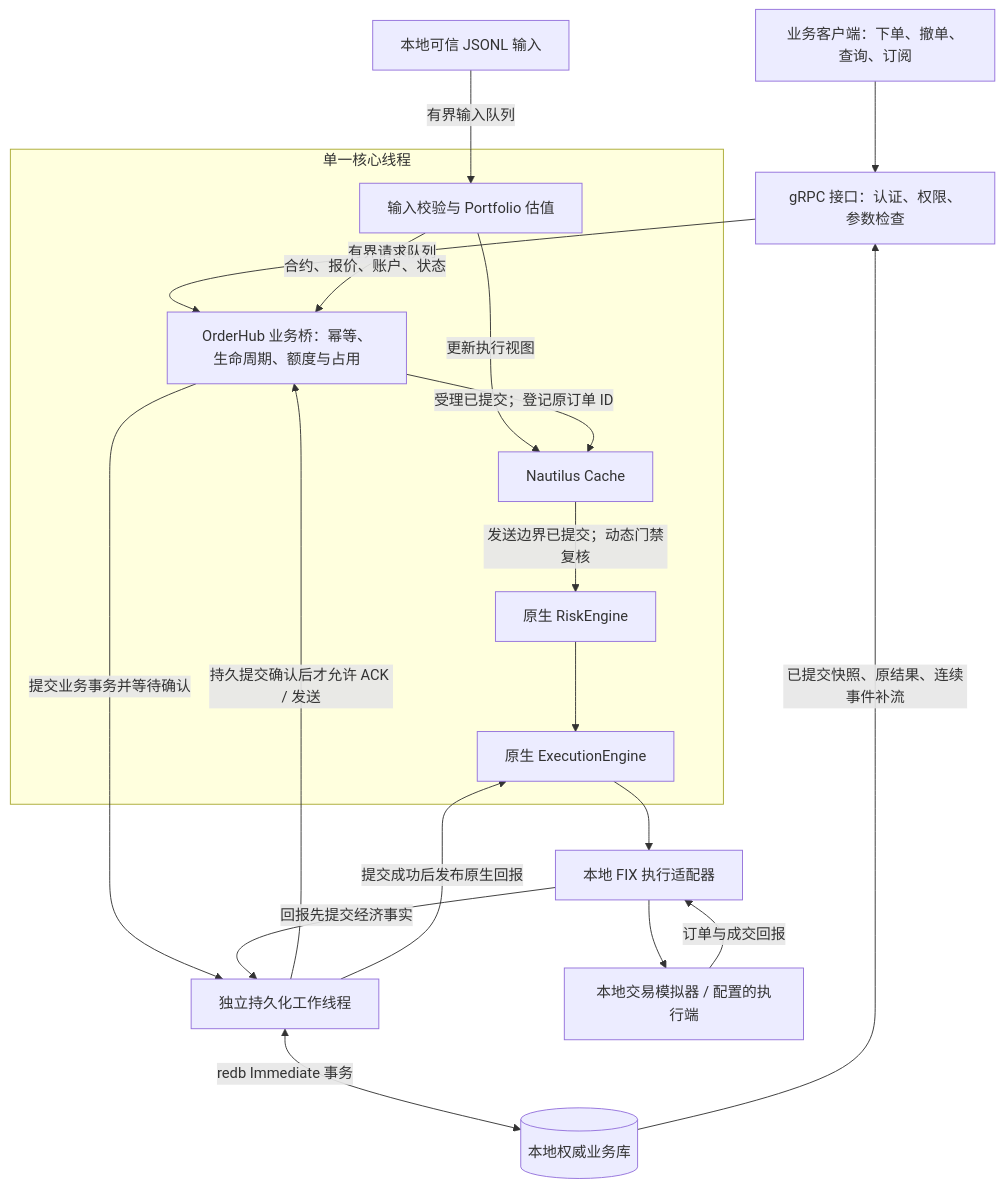
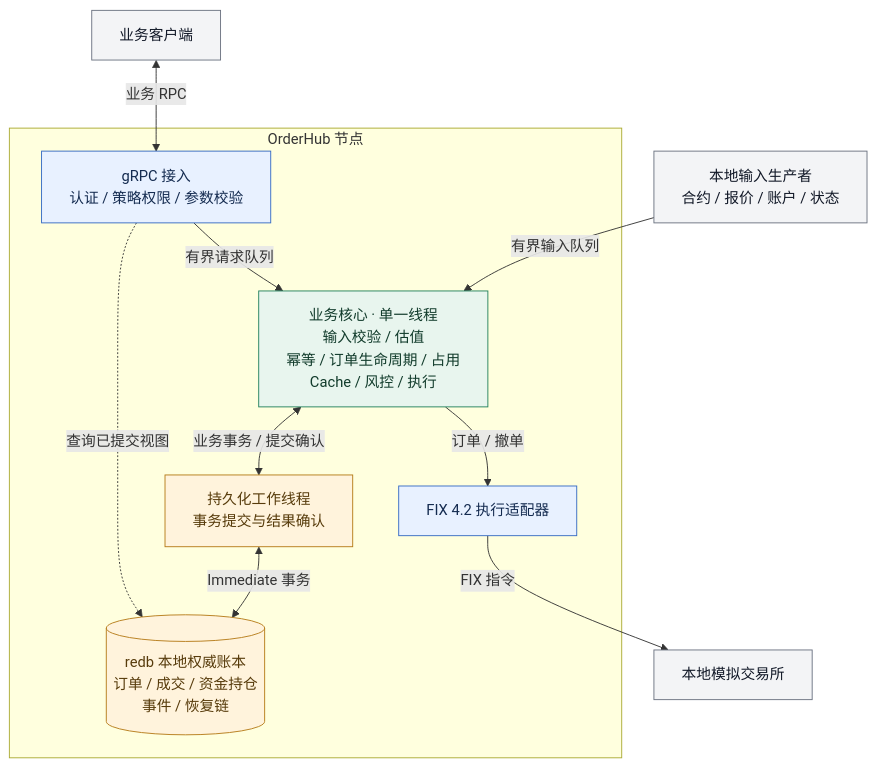
One commit to kmind-git/OrderHub changed the first of 3 diagrams in README.md. Above: the diagram before and after it, drawn with Mermaid. The commit also changed other lines of this file, not shown here.

First line of the commit message:
Rewrite README for the independent OrderHub project

````diff
--- a/README.md
+++ b/README.md
@@ -60,25 +59,32 @@
 ```mermaid
 flowchart TB
-    Client["业务客户端：下单、撤单、查询、订阅"] --> API["gRPC 接口：认证、权限、参数检查"]
-    API -->|"有界请求队列"| Bridge
-    Source["本地可信 JSONL 输入"] -->|"有界输入队列"| Inputs
+    Client["业务客户端"]
+    Source["本地输入生产者<br/>合约 / 报价 / 账户 / 状态"]
+    Venue["本地模拟交易所"]
 
-    subgraph Core["单一核心线程"]
-        Inputs["输入校验与 Portfolio 估值"] -->|"合约、报价、账户、状态"| Bridge
-        Inputs -->|"更新执行视图"| Cache
-        Bridge["OrderHub 业务桥：幂等、生命周期、额度与占用"]
-        Bridge -->|"受理已提交；登记原订单 ID"| Cache["Nautilus Cache"]
-        Cache -->|"发送边界已提交；动态门禁复核"| Risk["原生 RiskEngine"]
-        Risk --> Execution["原生 ExecutionEngine"]
+    subgraph Node["OrderHub 节点"]
+        API["gRPC 接入<br/>认证 / 策略权限 / 参数校验"]
+        Core["业务核心 · 单一线程<br/>输入校验 / 估值<br/>幂等 / 订单生命周期 / 占用<br/>Cache / 风控 / 执行"]
+        Writer["持久化工作线程<br/>事务提交与结果确认"]
+        DB[("redb 本地权威账本<br/>订单 / 成交 / 资金持仓<br/>事件 / 恢复链")]
+        FIX["FIX 4.2 执行适配器"]
     end
 
-    Bridge -->|"提交业务事务并等待确认"| Writer["独立持久化工作线程"]
-    Writer <-->|"redb Immediate 事务"| DB[("本地权威业务库")]
-    Writer -->|"持久提交确认后才允许 ACK / 发送"| Bridge
-    Execution --> FIX["本地 FIX 执行适配器"]
-    FIX --> Venue["本地交易模拟器 / 配置的执行端"]
-    Venue -->|"订单与成交回报"| FIX
-    FIX -->|"回报先提交经济事实"| Writer
-    Writer -->|"提交成功后发布原生回报"| Execution
-    DB -->|"已提交快照、原结果、连续事件补流"| API
+    Client <-->|"业务 RPC"| API
+    Source -->|"有界输入队列"| Core
+    API -->|"有界请求队列"| Core
+    Core <-->|"业务事务 / 提交确认"| Writer
+    Writer <-->|"Immediate 事务"| DB
+    API -.->|"查询已提交视图"| DB
+    Core -->|"订单 / 撤单"| FIX
+    FIX -->|"FIX 指令"| Venue
+
+    classDef external fill:#f3f4f6,stroke:#6b7280,color:#111827
+    classDef entry fill:#e8f1ff,stroke:#356ac3,color:#142b50
+    classDef business fill:#e8f5ee,stroke:#23815d,color:#113b2b
+    classDef storage fill:#fff3dc,stroke:#b57b17,color:#573b0b
+    class Client,Source,Venue external
+    class API,FIX entry
+    class Core business
+    class Writer,DB storage
 ```
````
